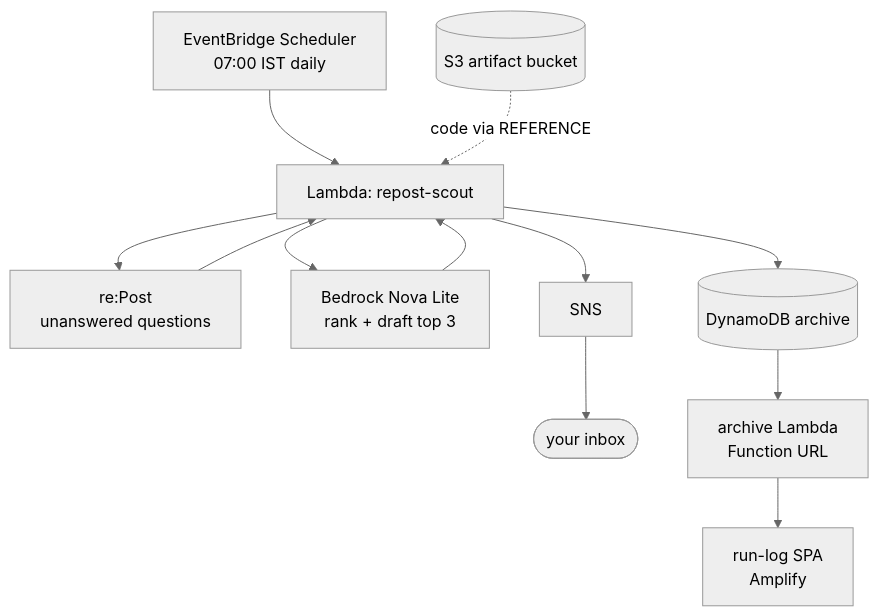
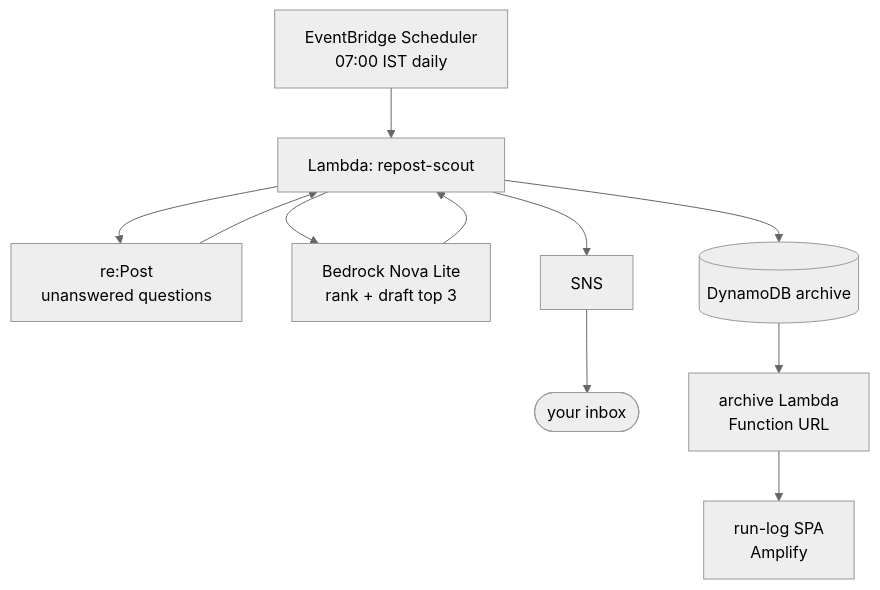
Before and after one commit to aquavis12/repost-scout: the diagram in README.md, drawn with Mermaid (neutral theme). The commit also changed other lines of this file and 1 other file, not shown here.

````diff
--- a/README.md
+++ b/README.md
@@ -16,12 +16,11 @@
 ```mermaid
 flowchart TD
     EB["EventBridge Scheduler<br/>07:00 IST daily"] --> L["Lambda: repost-scout"]
     L --> RP["re:Post<br/>unanswered questions"]
     RP --> L
     L --> BR["Bedrock Nova Lite<br/>rank + draft top 3"]
     BR --> L
     L --> SNS["SNS"] --> INBOX(["your inbox"])
     L --> DDB[("DynamoDB archive")]
     DDB --> A["archive Lambda<br/>Function URL"] --> SPA["run-log SPA<br/>Amplify"]
-    S3[("S3 artifact bucket")] -. "code via REFERENCE" .-> L
 ```
````
